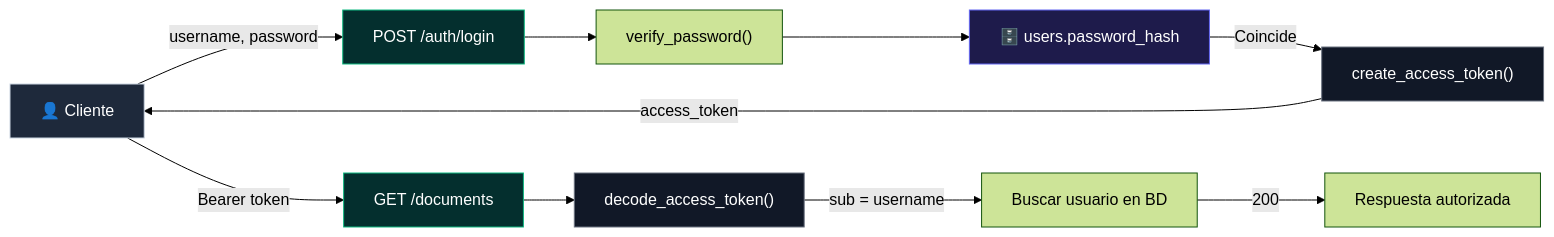
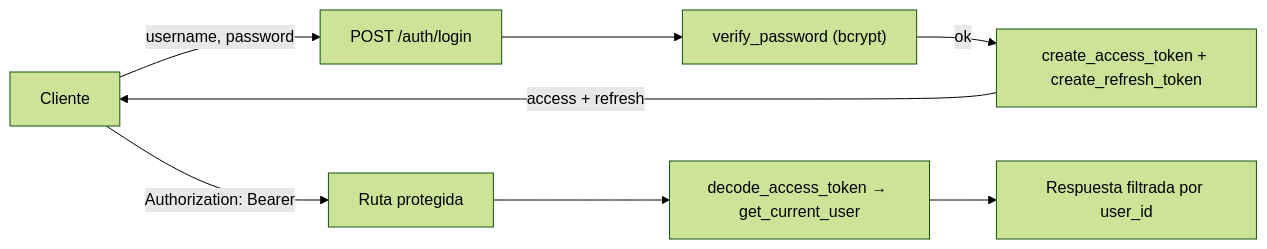
Before and after one commit to cjhirashi/cjhirashi-career: the diagram in cjhirashi-career-api/docs/SECURITY.md, drawn with Mermaid (forest theme). The commit also changed other lines of this file and 44 other files, not shown here.

````diff
--- a/cjhirashi-career-api/docs/SECURITY.md
+++ b/cjhirashi-career-api/docs/SECURITY.md
@@ -45,25 +17,10 @@
 ```mermaid
 graph LR
-    classDef backend fill:#042f2e,stroke:#10b981,color:#fff
-    classDef secrets fill:#111827,stroke:#6b7280,color:#fff
-    classDef postgres fill:#1e1b4b,stroke:#6366f1,color:#fff
-    classDef client fill:#1e293b,stroke:#cbd5e1,color:#fff
-
-    User["👤 Cliente"] -->|username, password| Login["POST /auth/login"]
-    Login --> Verify["verify_password()"]
-    Verify --> DB["🗄️ users.password_hash"]
-    DB -->|Coincide| Create["create_access_token()"]
-    Create -->|access_token| User
-
-    User -->|Bearer token| Protected["GET /documents"]
-    Protected --> Decode["decode_access_token()"]
-    Decode -->|sub = username| Lookup["Buscar usuario en BD"]
-    Lookup -->|200| Response["Respuesta autorizada"]
-
-    class Login backend
-    class Protected backend
-    class Create secrets
-    class Decode secrets
-    class DB postgres
-    class User client
+    C["Cliente"] -->|username, password| L["POST /auth/login"]
+    L --> V["verify_password (bcrypt)"]
+    V -->|ok| T["create_access_token + create_refresh_token"]
+    T -->|access + refresh| C
+    C -->|"Authorization: Bearer"| P["Ruta protegida"]
+    P --> D["decode_access_token → get_current_user"]
+    D --> R["Respuesta filtrada por user_id"]
 ```
````
